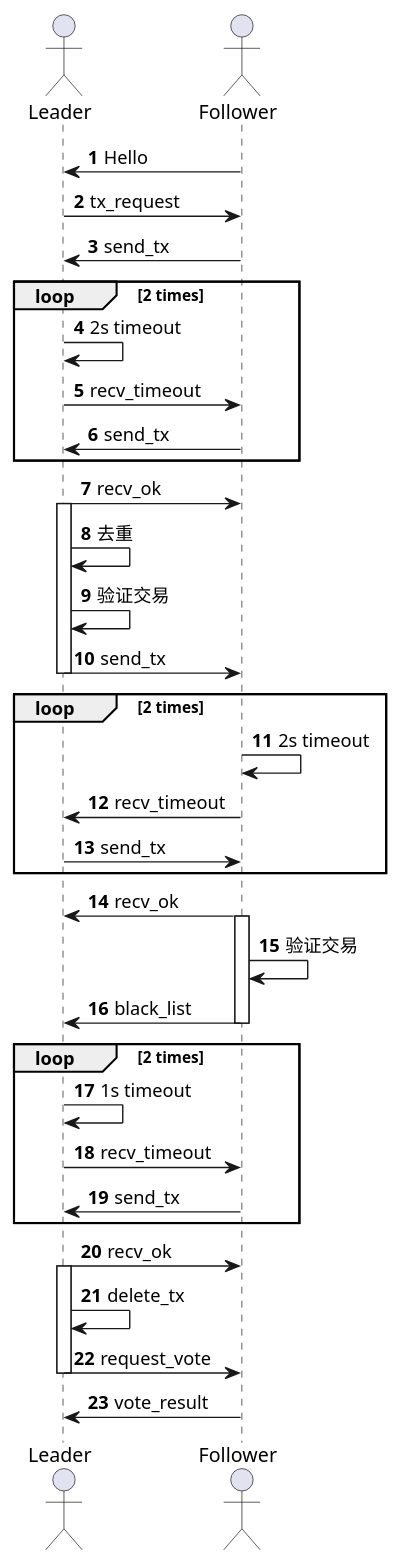
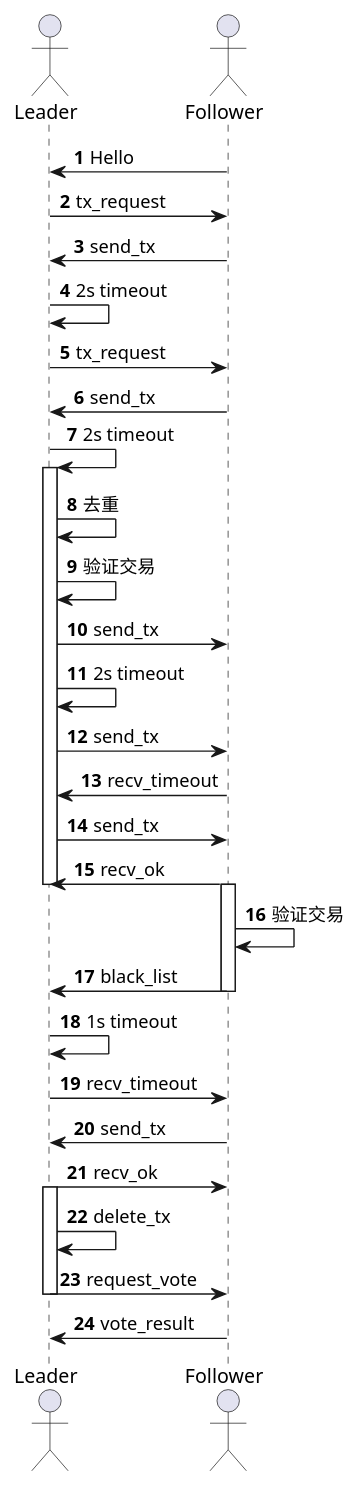
The diagram in doc/leader-follower-uml.wsd (alvinleee/matrix-work), drawn with PlantUML before and after one commit. The commit also changed 1 other file, not shown here.

Commit message:
1: add timeout.wsd 2: update leader-follower-uml

```diff
--- a/doc/leader-follower-uml.wsd
+++ b/doc/leader-follower-uml.wsd
@@ -1,47 +1,42 @@
 @startuml
 
 actor Leader
 actor Follower
 autonumber
 Follower->Leader:   Hello
 Leader->Follower:   tx_request
 Follower->Leader:   send_tx
-loop 2 times
-    Leader->Leader:     2s timeout
-    Leader->Follower:   recv_timeout
-    Follower->Leader:   send_tx
-end
-Leader->Follower:   recv_ok
+Leader->Leader:     2s timeout
+Leader->Follower:   tx_request
+Follower->Leader:   send_tx
+Leader->Leader:     2s timeout
 
 activate Leader
 Leader->Leader:     去重
 Leader->Leader:     验证交易
 Leader->Follower:   send_tx
+Leader->Leader:     2s timeout
+Leader->Follower:   send_tx
+Follower->Leader:   recv_timeout
+Leader->Follower:   send_tx
+Follower->Leader:   recv_ok
 deactivate Leader
 
-loop 2 times
-    Follower->Follower: 2s timeout
-    Follower->Leader:   recv_timeout
-    Leader->Follower:   send_tx
-end
-Follower->Leader:   recv_ok
 activate Follower
 Follower->Follower: 验证交易
 Follower->Leader:   black_list
 deactivate Follower
 
-loop 2 times
-    Leader->Leader:     1s timeout
-    Leader->Follower:   recv_timeout
-    Follower->Leader:   send_tx
-end
+Leader->Leader:     1s timeout
+Leader->Follower:   recv_timeout
+Follower->Leader:   send_tx
 
 Leader->Follower:   recv_ok
 activate Leader
 Leader->Leader:     delete_tx
 Leader->Follower:   request_vote
 deactivate Leader
 Follower->Leader:   vote_result
 
 
 @enduml
```
